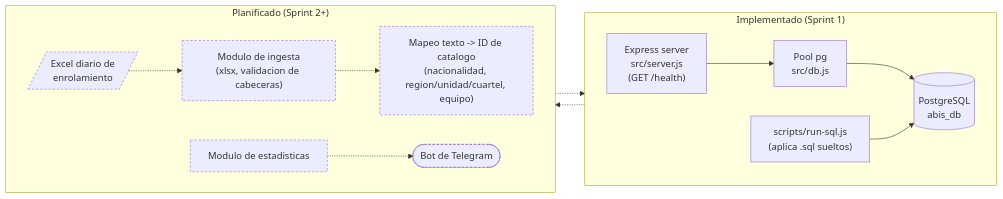
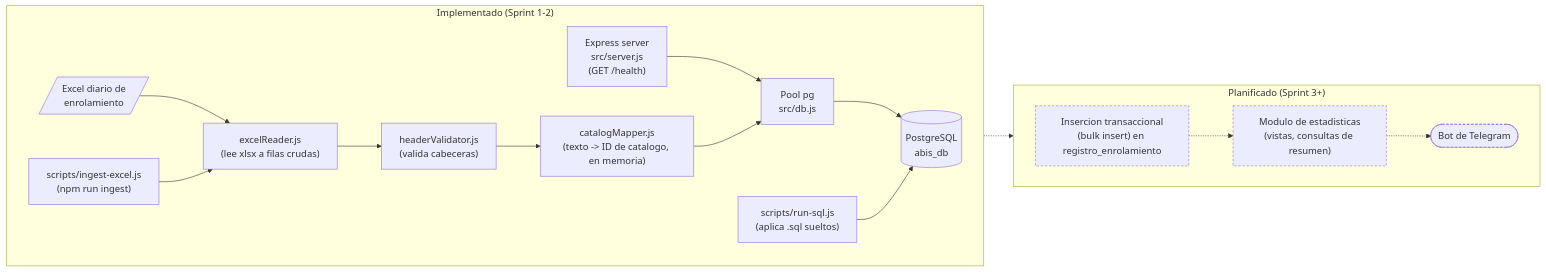
One commit to NicolasPonceH/Abis-Analisis changed the diagram in docs/diagramas/arquitectura.md. Above: the diagram before and after it, drawn with Mermaid. The commit also changed other lines of this file and 13 other files, not shown here.

Commit message:
Sprint 2: modulo de lectura de Excel, validacion de cabeceras y mapeo a catalogos en memoria

````diff
--- a/docs/diagramas/arquitectura.md
+++ b/docs/diagramas/arquitectura.md
@@ -6,27 +6,33 @@
 ```mermaid
 flowchart LR
-    subgraph impl["Implementado (Sprint 1)"]
+    subgraph impl["Implementado (Sprint 1-2)"]
         direction LR
         API["Express server<br/>src/server.js<br/>(GET /health)"]
         POOL["Pool pg<br/>src/db.js"]
         DB[("PostgreSQL<br/>abis_db")]
         RUNSQL["scripts/run-sql.js<br/>(aplica .sql sueltos)"]
+        EXCEL[/"Excel diario de<br/>enrolamiento"/]
+        READER["excelReader.js<br/>(lee xlsx a filas crudas)"]
+        VALID["headerValidator.js<br/>(valida cabeceras)"]
+        MAP["catalogMapper.js<br/>(texto -> ID de catalogo, en memoria)"]
+        CLI["scripts/ingest-excel.js<br/>(npm run ingest)"]
+
         API --> POOL --> DB
         RUNSQL --> DB
+        EXCEL --> READER --> VALID --> MAP
+        MAP --> POOL
+        CLI --> READER
     end
 
-    subgraph plan["Planificado (Sprint 2+)"]
+    subgraph plan["Planificado (Sprint 3+)"]
         direction LR
-        EXCEL[/"Excel diario de<br/>enrolamiento"/]
-        INGEST["Modulo de ingesta<br/>(xlsx, validacion de cabeceras)"]
-        MAP["Mapeo texto -> ID de catalogo<br/>(nacionalidad, region/unidad/cuartel, equipo)"]
-        STATS["Modulo de estadisticas"]
+        BULKINSERT["Insercion transaccional<br/>(bulk insert) en registro_enrolamiento"]
+        STATS["Modulo de estadisticas<br/>(vistas, consultas de resumen)"]
         TG(["Bot de Telegram"])
     end
 
-    EXCEL -.-> INGEST -.-> MAP -.-> POOL
-    DB -.-> STATS -.-> TG
+    MAP -.-> BULKINSERT -.-> STATS -.-> TG
 
     classDef planned stroke-dasharray: 4 3
-    class EXCEL,INGEST,MAP,STATS,TG planned
+    class BULKINSERT,STATS,TG planned
 ```
````
